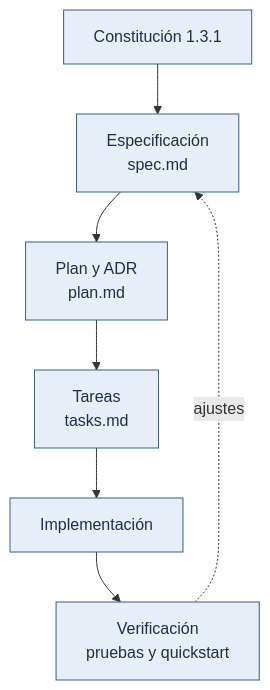
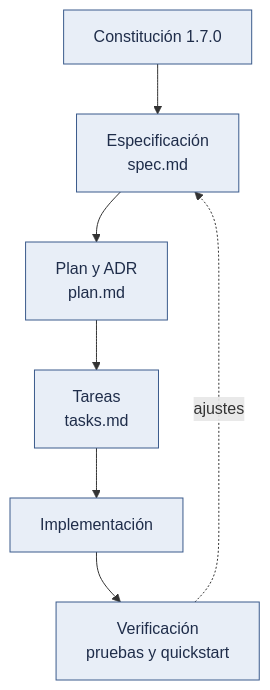
The diagram in docs/05-gestion/03-sdd-spec-kit.md (semcham/proyecto-final-barberia-ayacucho), drawn with Mermaid before and after one commit. The commit also changed other lines of this file and 10 other files, not shown here.

````diff
--- a/docs/05-gestion/03-sdd-spec-kit.md
+++ b/docs/05-gestion/03-sdd-spec-kit.md
@@ -14,16 +14,16 @@
 ```mermaid
 flowchart TB
-    A["Constitución 1.3.1"] --> B["Especificación<br/>spec.md"]
+    A["Constitución 1.7.0"] --> B["Especificación<br/>spec.md"]
     B --> C["Plan y ADR<br/>plan.md"]
     C --> D["Tareas<br/>tasks.md"]
     D --> E["Implementación"]
     E --> F["Verificación<br/>pruebas y quickstart"]
     F -.->|"ajustes"| B
 
     classDef implementado fill:#e8eef7,stroke:#3b5b8c,color:#1f2d4a
     classDef planificado fill:#e8eef7,stroke:#3b5b8c,color:#1f2d4a
     classDef externo fill:#fff3e0,stroke:#ef6c00,color:#e65100
     classDef datos fill:#e3f2fd,stroke:#1565c0,color:#0d47a1
     classDef rechazo fill:#ffebee,stroke:#c62828,color:#b71c1c
     class A,B,C,D,E,F implementado
 ```
````
